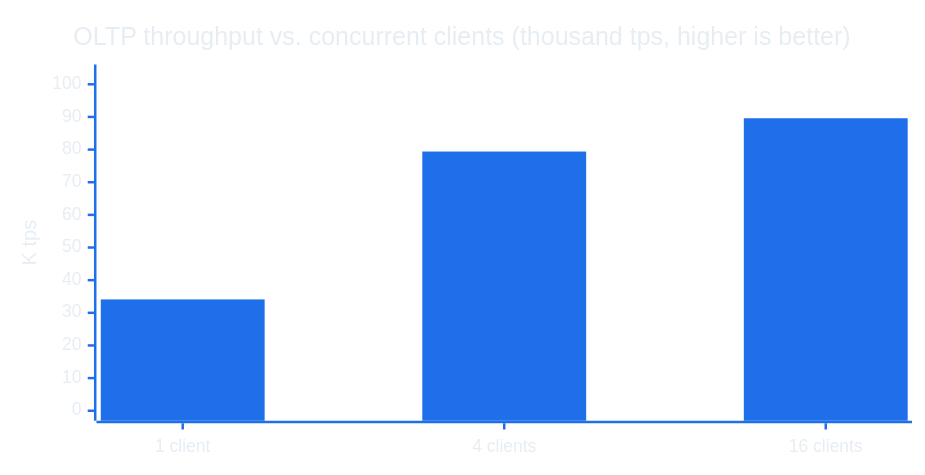
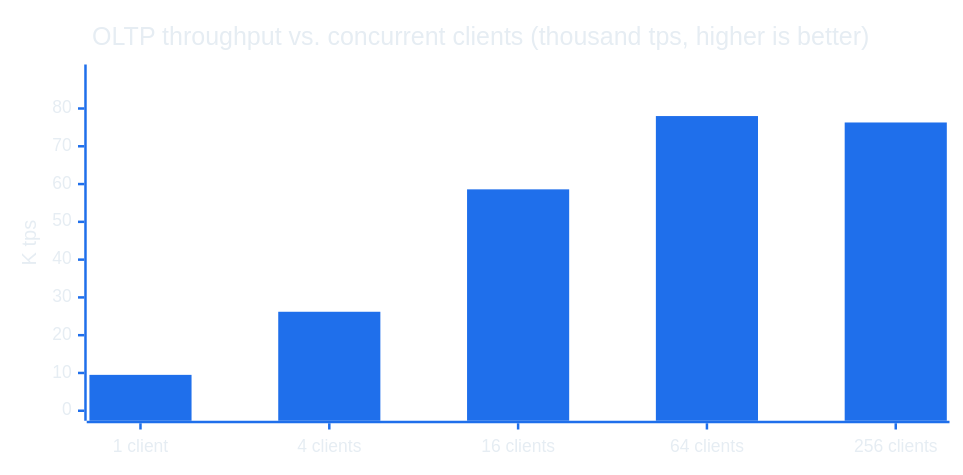
One commit to DataDalton/Zyron changed the second of 4 diagrams in README.md. Above: the diagram before and after it, drawn with Mermaid. The commit also changed other lines of this file and 70 other files, not shown here.

````diff
--- a/README.md
+++ b/README.md
@@ -194,8 +203,8 @@
 ```mermaid
-%%{init: {'theme':'base','themeVariables':{'xyChart':{'backgroundColor':'transparent','titleColor':'#e6edf3','xAxisLabelColor':'#e6edf3','xAxisTitleColor':'#e6edf3','xAxisTickColor':'#1f6feb','xAxisLineColor':'#1f6feb','yAxisLabelColor':'#e6edf3','yAxisTitleColor':'#e6edf3','yAxisTickColor':'#1f6feb','yAxisLineColor':'#1f6feb','plotColorPalette':'#1f6feb'}},'xyChart':{'width':720,'height':360}}}%%
+%%{init: {'theme':'base','themeVariables':{'xyChart':{'backgroundColor':'transparent','titleColor':'#e6edf3','xAxisLabelColor':'#e6edf3','xAxisTitleColor':'#e6edf3','xAxisTickColor':'#1f6feb','xAxisLineColor':'#1f6feb','yAxisLabelColor':'#e6edf3','yAxisTitleColor':'#e6edf3','yAxisTickColor':'#1f6feb','yAxisLineColor':'#1f6feb','plotColorPalette':'#1f6feb'}},'xyChart':{'width':750,'height':360}}}%%
 xychart-beta
     title "OLTP throughput vs. concurrent clients (thousand tps, higher is better)"
-    x-axis ["1 client", "4 clients", "16 clients"]
-    y-axis "K tps" 0 --> 103
-    bar [34.1, 79.4, 89.6]
+    x-axis ["1 client", "4 clients", "16 clients", "64 clients", "256 clients"]
+    y-axis "K tps" 0 --> 89
+    bar [9.5, 26.2, 58.6, 78.0, 76.3]
 ```
````
